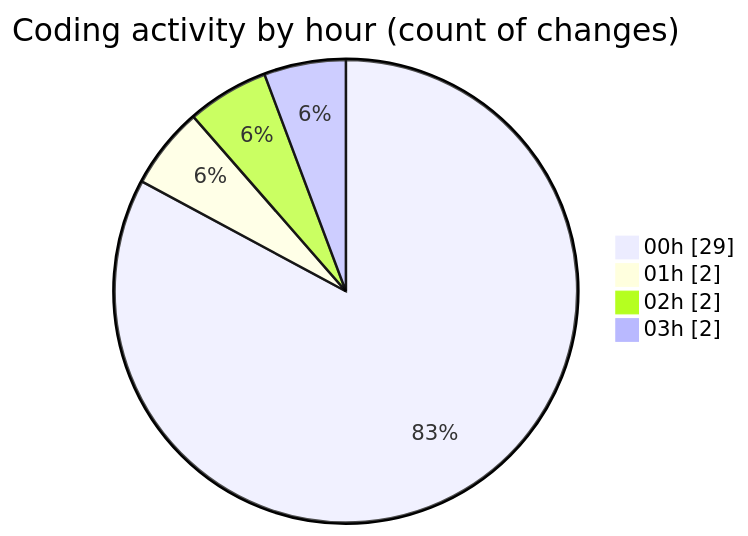
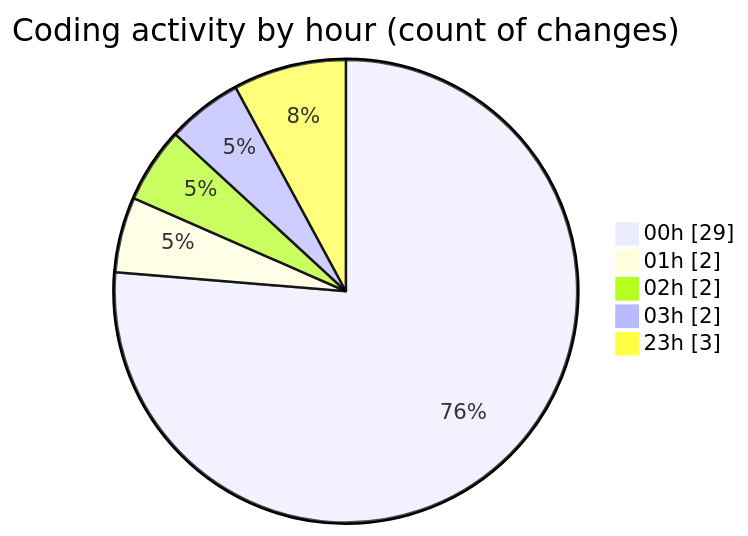
Before and after one commit to donsfak/code-tracking: the second of 2 diagrams in 2025-02-09/maps_clone/README.md, drawn with Mermaid. The commit also changed other lines of this file and 1 other file, not shown here.

````diff
--- a/2025-02-09/maps_clone/README.md
+++ b/2025-02-09/maps_clone/README.md
@@ -39,8 +39,9 @@
 ```mermaid
 pie showData
 title Coding activity by hour (count of changes)
 "00h" : 29
 "01h" : 2
 "02h" : 2
 "03h" : 2
+"23h" : 3
 ```
````
